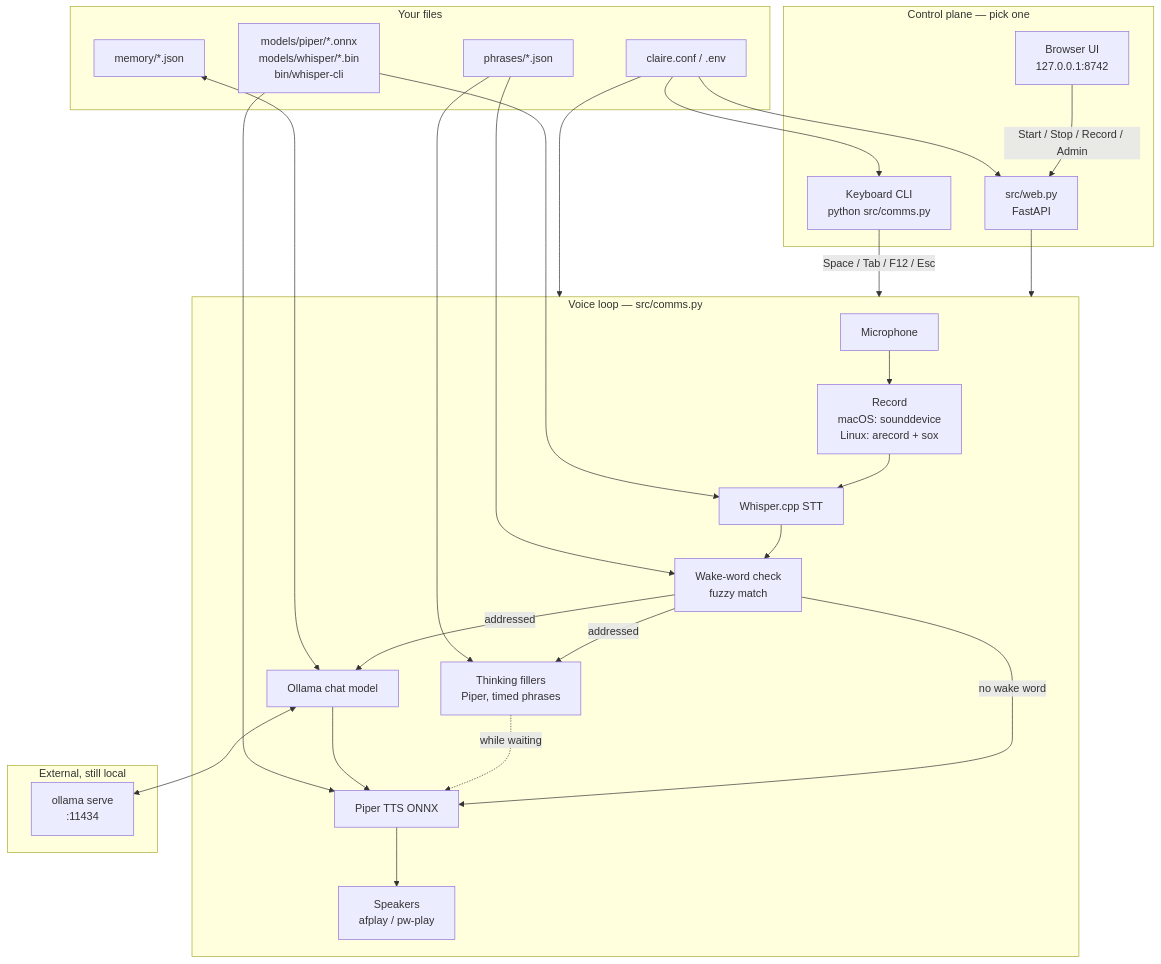
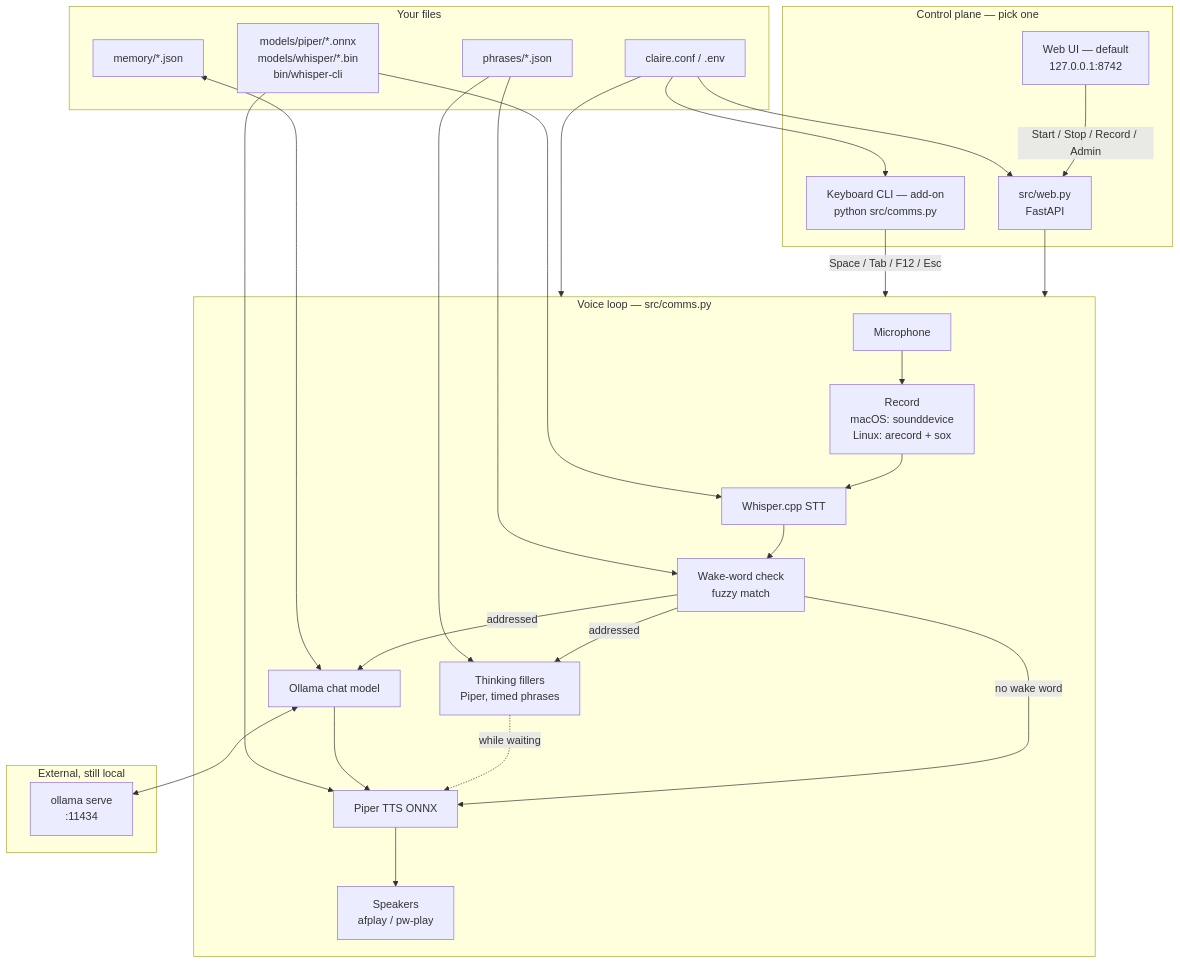
The diagram in README.md (psantiago-3151/CLAIRE), drawn with Mermaid before and after one commit. The commit also changed other lines of this file, not shown here.

First line of the commit message:
Lead the README with the web UI; keep the CLI as an add-on.

````diff
--- a/README.md
+++ b/README.md
@@ -26,49 +26,49 @@
 ```mermaid
 flowchart TB
   subgraph ui [Control plane — pick one]
-    Browser["Browser UI\n127.0.0.1:8742"]
+    Browser["Web UI — default\n127.0.0.1:8742"]
     Web["src/web.py\nFastAPI"]
-    CLI["Keyboard CLI\npython src/comms.py"]
+    CLI["Keyboard CLI — add-on\npython src/comms.py"]
     Browser -->|Start / Stop / Record / Admin| Web
   end
 
   subgraph conf [Your files]
     Conf["claire.conf / .env"]
     Phrases["phrases/*.json"]
     Memory["memory/*.json"]
     Models["models/piper/*.onnx\nmodels/whisper/*.bin\nbin/whisper-cli"]
   end
 
   subgraph loop [Voice loop — src/comms.py]
     Mic["Microphone"]
     Rec["Record\nmacOS: sounddevice\nLinux: arecord + sox"]
     STT["Whisper.cpp STT"]
     Wake["Wake-word check\nfuzzy match"]
     Fill["Thinking fillers\nPiper, timed phrases"]
     LLM["Ollama chat model"]
     TTS["Piper TTS ONNX"]
     Spk["Speakers\nafplay / pw-play"]
     Mic --> Rec --> STT --> Wake
     Wake -->|no wake word| TTS
     Wake -->|addressed| Fill
     Fill -.->|while waiting| TTS
     Wake -->|addressed| LLM
     LLM --> TTS --> Spk
     Memory <--> LLM
   end
 
   Web --> loop
   CLI -->|Space / Tab / F12 / Esc| loop
   Conf --> Web
   Conf --> CLI
   Conf --> loop
   Phrases --> Fill
   Phrases --> Wake
   Models --> STT
   Models --> TTS
 
   subgraph ext [External, still local]
     Ollama["ollama serve\n:11434"]
   end
   LLM <--> Ollama
 ```
````
